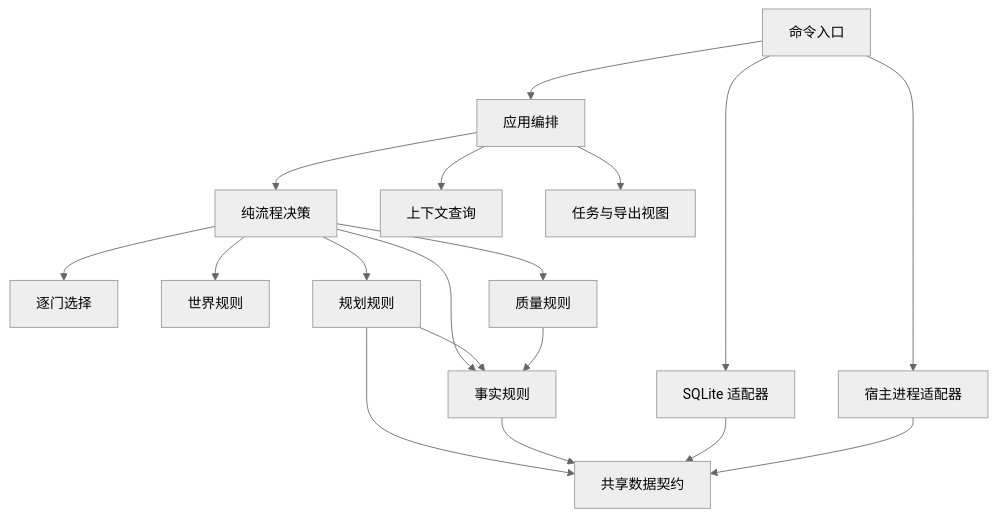
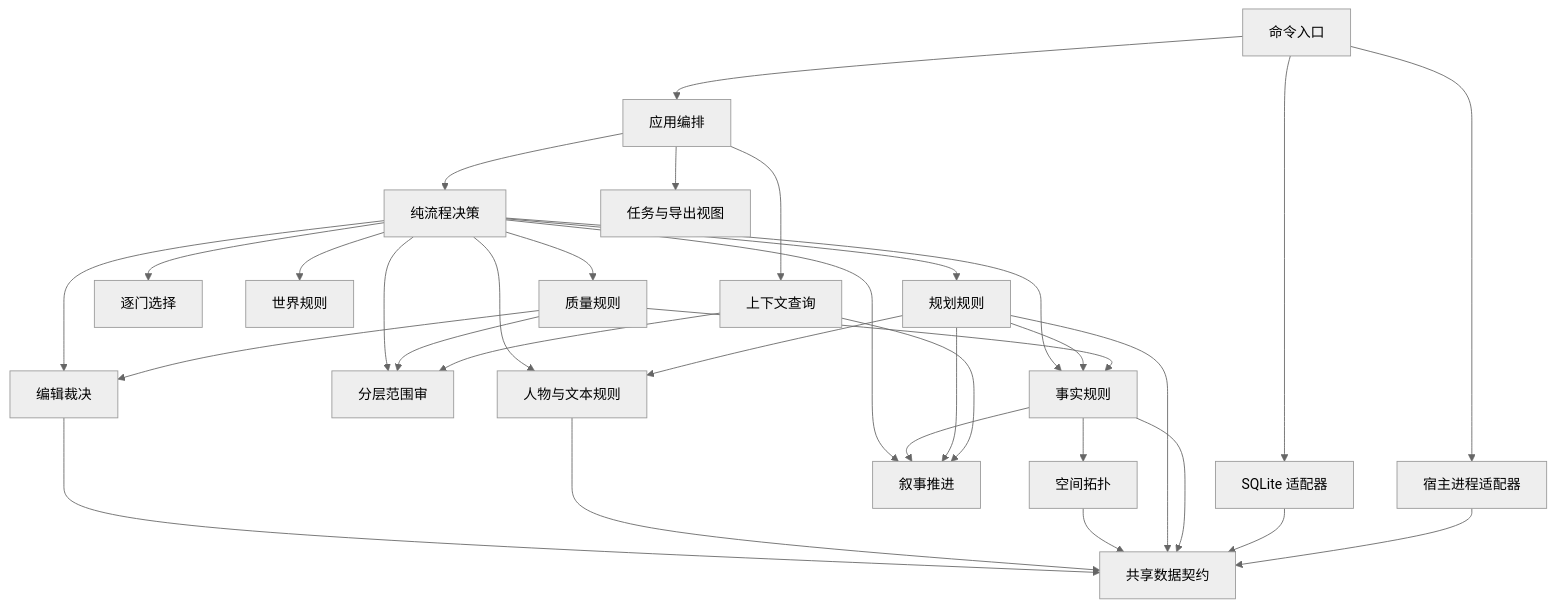
One commit to longwenid/novel-ledger changed the diagram in README.md. Above: the diagram before and after it, drawn with Mermaid (neutral theme). The commit also changed other lines of this file and 45 other files, not shown here.

First line of the commit message:
1.2.0 离线分支：book.html 统一视图、逐章卷纲默认、场景切入、编辑能力与历史复用

````diff
--- a/README.md
+++ b/README.md
@@ -25,20 +27,35 @@
 ```mermaid
 flowchart TD
     CLI[命令入口] --> APP[应用编排]
     CLI --> SQL[SQLite 适配器]
     CLI --> HOST[宿主进程适配器]
     APP --> WF[纯流程决策]
     APP --> CTX[上下文查询]
     APP --> VIEW[任务与导出视图]
     WF --> OPEN[逐门选择]
     WF --> WORLD[世界规则]
     WF --> PLAN[规划规则]
     WF --> QA[质量规则]
     WF --> FACT[事实规则]
+    WF --> NAR[叙事推进]
+    WF --> SR[分层范围审]
+    WF --> ED[编辑裁决]
+    WF --> CF[人物与文本规则]
+    PLAN --> CF
+    QA --> ED
+    FACT --> SP[空间拓扑]
+    FACT --> NAR
+    PLAN --> NAR
+    QA --> SR
+    CTX --> NAR
+    CTX --> SR
     PLAN --> FACT
     QA --> FACT
+    ED --> C
+    CF --> C
+    SP --> C
     PLAN --> C[共享数据契约]
     FACT --> C
     SQL --> C
     HOST --> C
 ```
````
